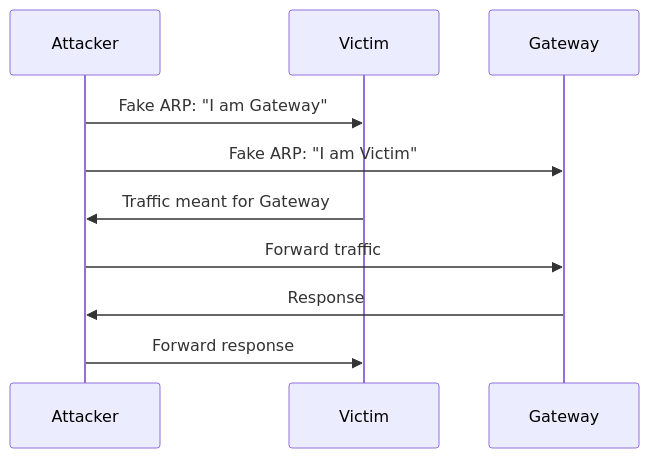
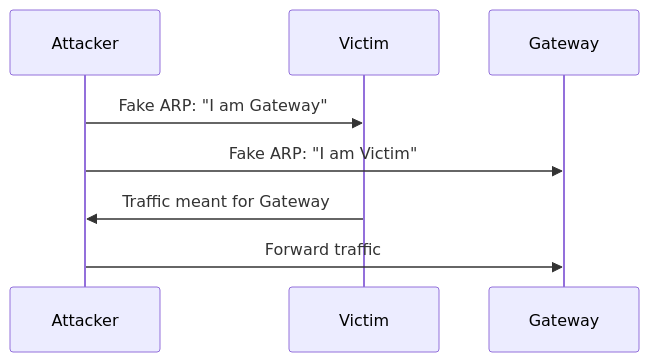
One commit to Montimage/mmt-attacker changed the fifth of 20 diagrams in docs/PLAYBOOK.md. Above: the diagram before and after it, drawn with Mermaid. The commit also changed other lines of this file and 6 other files, not shown here.

````diff
--- a/docs/PLAYBOOK.md
+++ b/docs/PLAYBOOK.md
@@ -109,12 +270,10 @@
 ```mermaid
 sequenceDiagram
     participant A as Attacker
     participant V as Victim
     participant G as Gateway
     A->>V: Fake ARP: "I am Gateway"
     A->>G: Fake ARP: "I am Victim"
     V->>A: Traffic meant for Gateway
     A->>G: Forward traffic
-    G->>A: Response
-    A->>V: Forward response
 ```
````
